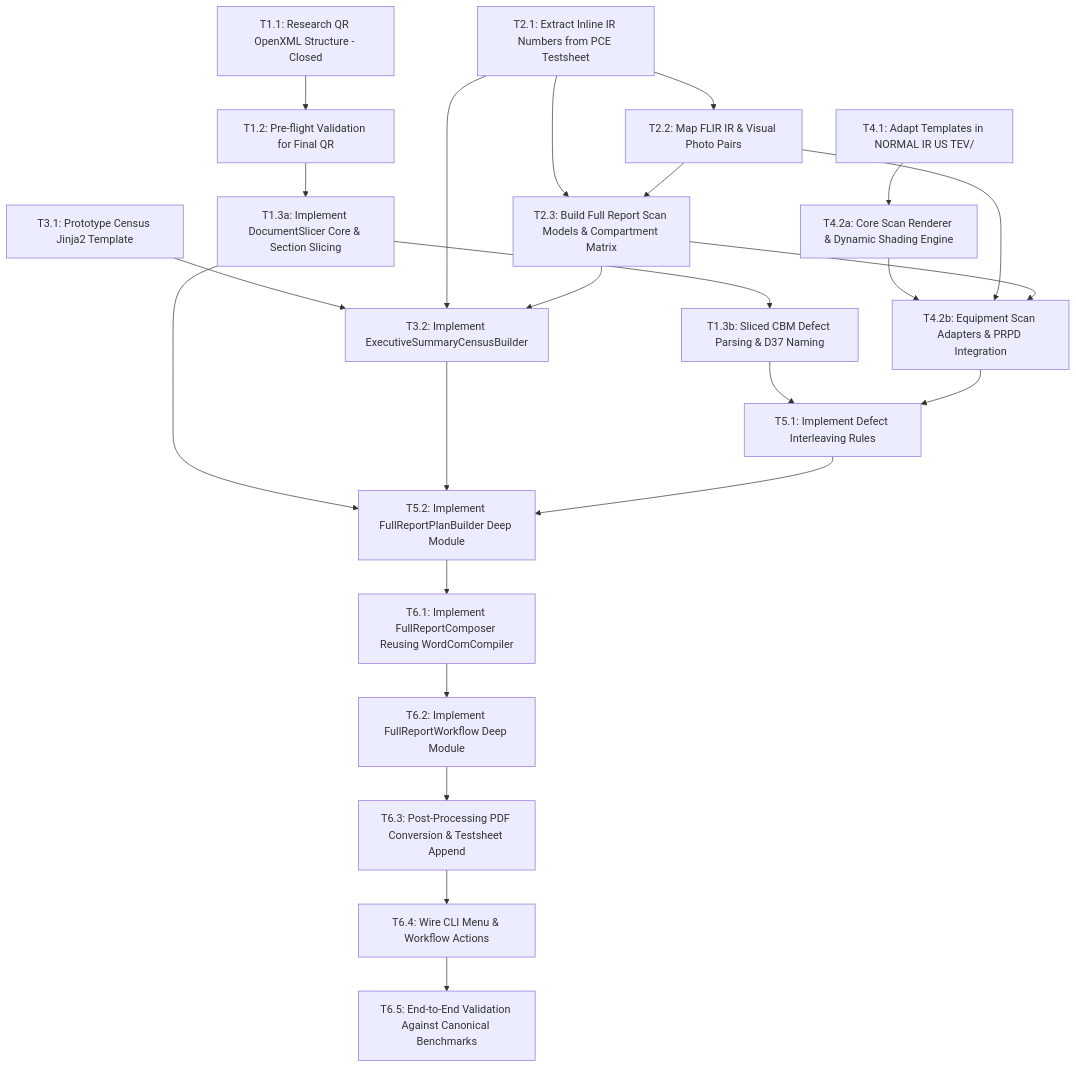
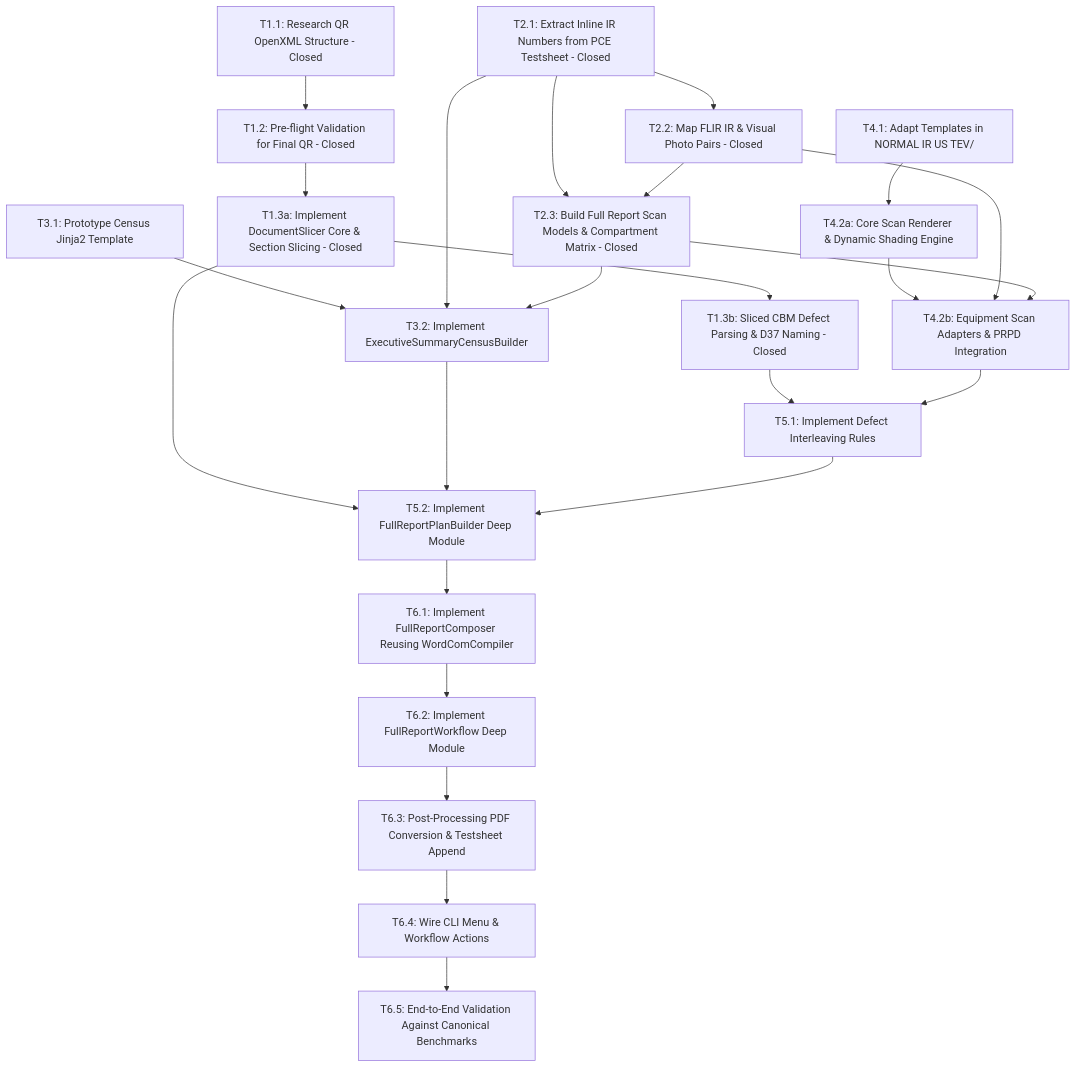
The diagram in .wayfinder/full-report-map/github-map-body.md (adamlarGit/pahang-cli), drawn with Mermaid before and after one commit. The commit also changed other lines of this file and 18 other files, not shown here.

First line of the commit message:
refactor(full-report): clarify D26 & sync map (#39)

````diff
--- a/.wayfinder/full-report-map/github-map-body.md
+++ b/.wayfinder/full-report-map/github-map-body.md
@@ -122,32 +125,32 @@
 ```mermaid
 graph TD
-    T1_1[T1.1: Research QR OpenXML Structure - Closed] --> T1_2[T1.2: Pre-flight Validation for Final QR]
-    T1_2 --> T1_3a[T1.3a: Implement DocumentSlicer Core & Section Slicing]
-    T1_3a --> T1_3b[T1.3b: Sliced CBM Defect Parsing & D37 Naming]
+    T1_1[T1.1: Research QR OpenXML Structure - Closed] --> T1_2[T1.2: Pre-flight Validation for Final QR - Closed]
+    T1_2 --> T1_3a[T1.3a: Implement DocumentSlicer Core & Section Slicing - Closed]
+    T1_3a --> T1_3b[T1.3b: Sliced CBM Defect Parsing & D37 Naming - Closed]
     
-    T2_1[T2.1: Extract Inline IR Numbers from PCE Testsheet] --> T2_2[T2.2: Map FLIR IR & Visual Photo Pairs]
-    T2_1 --> T2_3[T2.3: Build Full Report Scan Models & Compartment Matrix]
+    T2_1[T2.1: Extract Inline IR Numbers from PCE Testsheet - Closed] --> T2_2[T2.2: Map FLIR IR & Visual Photo Pairs - Closed]
+    T2_1 --> T2_3[T2.3: Build Full Report Scan Models & Compartment Matrix - Closed]
     T2_2 --> T2_3
     
     T3_1[T3.1: Prototype Census Jinja2 Template] --> T3_2[T3.2: Implement ExecutiveSummaryCensusBuilder]
     T2_1 --> T3_2
     T2_3 --> T3_2
     
     T4_1[T4.1: Adapt Templates in NORMAL IR US TEV/] --> T4_2a[T4.2a: Core Scan Renderer & Dynamic Shading Engine]
     T4_2a --> T4_2b[T4.2b: Equipment Scan Adapters & PRPD Integration]
     T2_2 --> T4_2b
     T2_3 --> T4_2b
     
     T1_3b --> T5_1[T5.1: Implement Defect Interleaving Rules]
     T4_2b --> T5_1
     
     T1_3a --> T5_2[T5.2: Implement FullReportPlanBuilder Deep Module]
     T3_2 --> T5_2
     T5_1 --> T5_2
     
     T5_2 --> T6_1[T6.1: Implement FullReportComposer Reusing WordComCompiler]
     T6_1 --> T6_2[T6.2: Implement FullReportWorkflow Deep Module]
     T6_2 --> T6_3[T6.3: Post-Processing PDF Conversion & Testsheet Append]
     T6_3 --> T6_4[T6.4: Wire CLI Menu & Workflow Actions]
     T6_4 --> T6_5[T6.5: End-to-End Validation Against Canonical Benchmarks]
 ```
````
